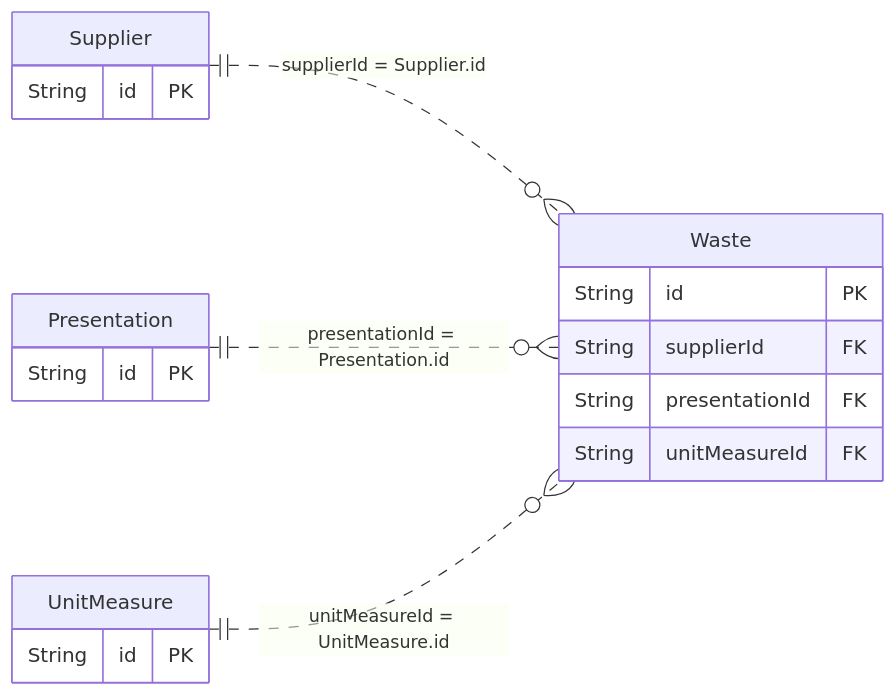
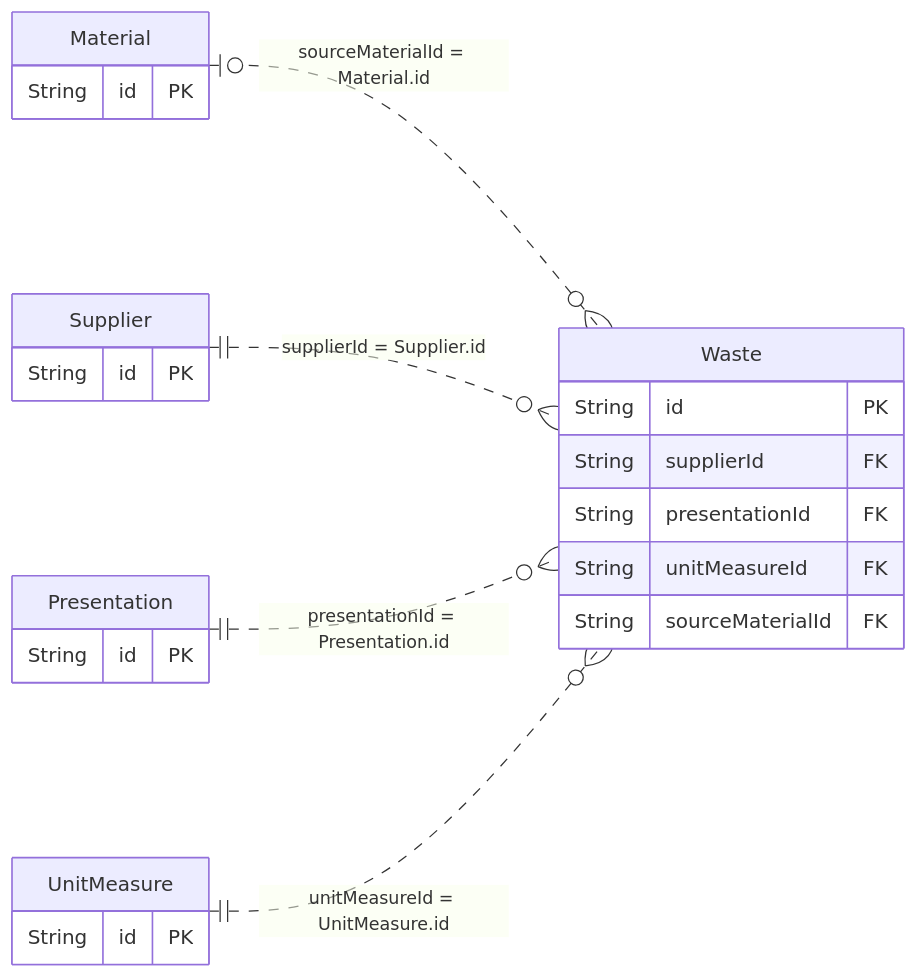
Before and after one commit to gpgsistemas01/nexus: diagram 16 of 22 in docs/architecture/views/logical/data-and-persistence/generated/database-schema.md, drawn with Mermaid. The commit also changed other lines of this file and 87 other files, not shown here.

````diff
--- a/docs/architecture/views/logical/data-and-persistence/generated/database-schema.md
+++ b/docs/architecture/views/logical/data-and-persistence/generated/database-schema.md
@@ -489,22 +489,27 @@
 ```mermaid
 erDiagram
     direction LR
     Waste {
         String id PK
         String supplierId FK
         String presentationId FK
         String unitMeasureId FK
+        String sourceMaterialId FK
+    }
+    Material {
+        String id PK
     }
     Supplier {
         String id PK
     }
     Presentation {
         String id PK
     }
     UnitMeasure {
         String id PK
     }
+    Material o|..o{ Waste : "sourceMaterialId = Material.id"
     Supplier ||..o{ Waste : "supplierId = Supplier.id"
     Presentation ||..o{ Waste : "presentationId = Presentation.id"
     UnitMeasure ||..o{ Waste : "unitMeasureId = UnitMeasure.id"
 ```
````
